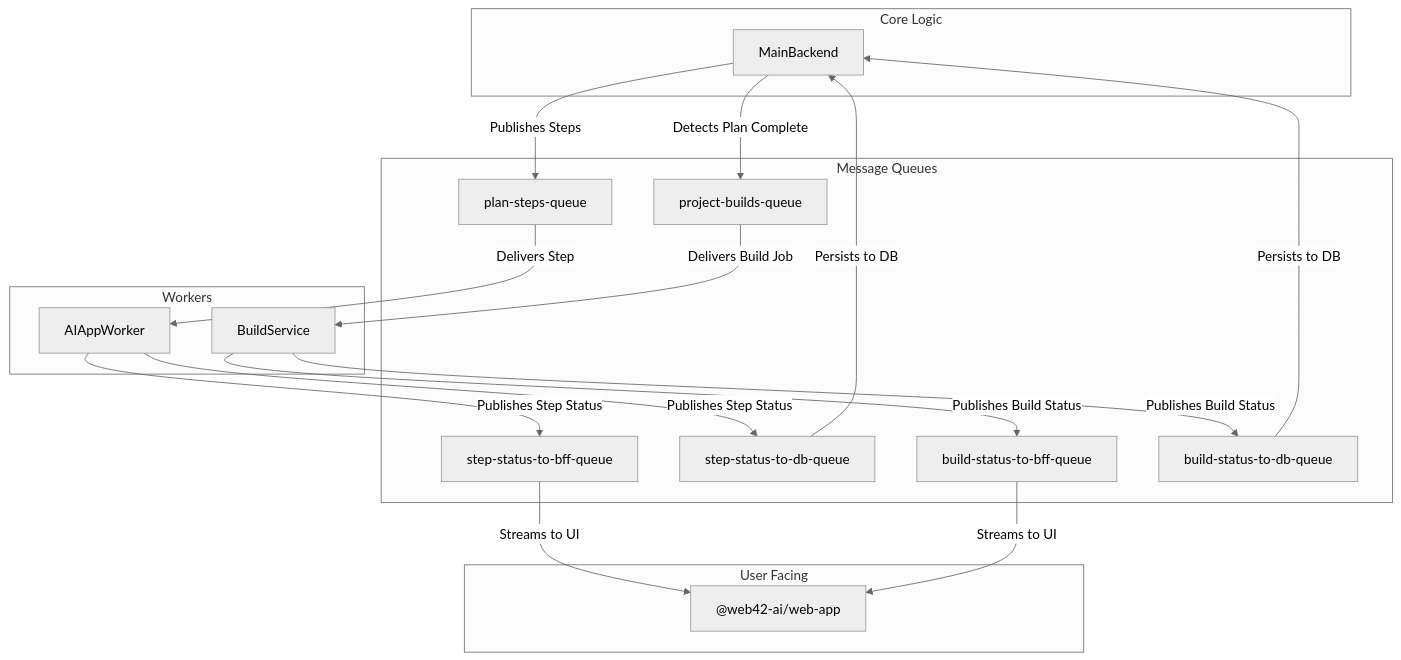
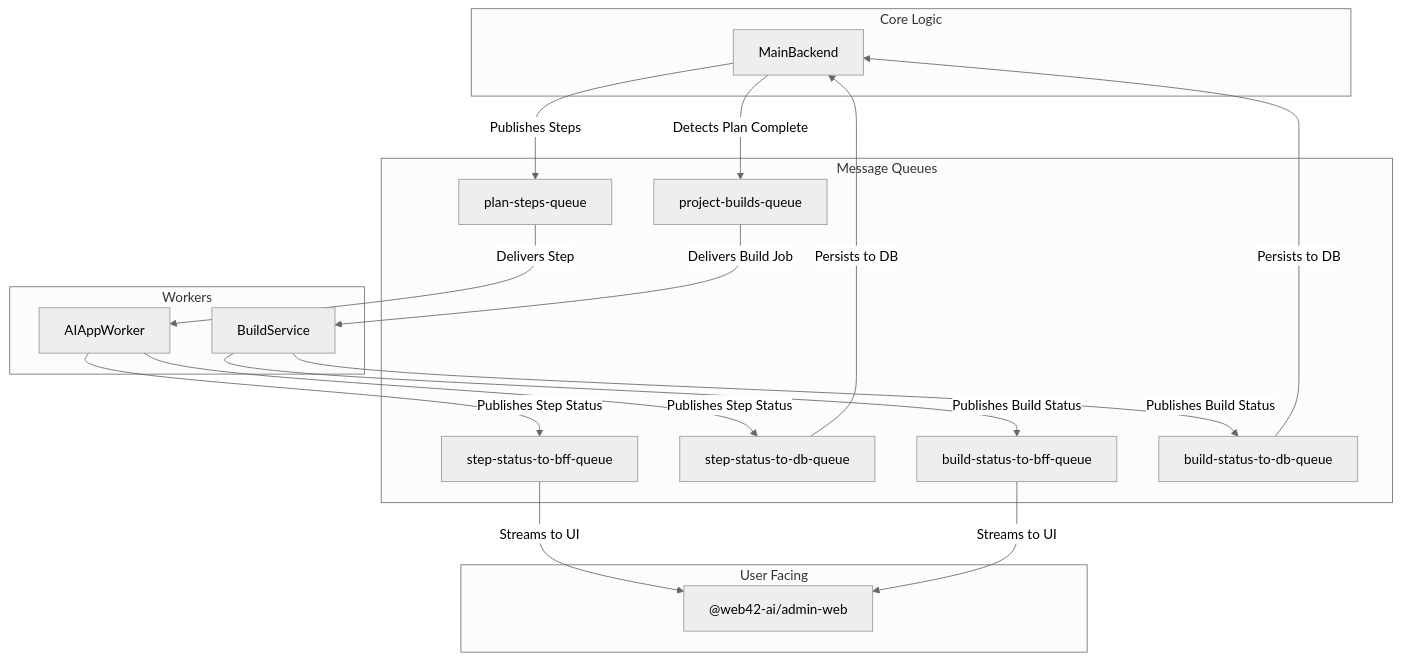
The diagram in apps/workers/docs/system-architecture.mermaid (sundy001/web42-ai), drawn with Mermaid (neutral theme) before and after one commit. The commit also changed 54 other files, not shown here.

Commit message:
feat(admin-web): rename web-app to admin-web

```diff
--- a/apps/workers/docs/system-architecture.mermaid
+++ b/apps/workers/docs/system-architecture.mermaid
@@ -1,30 +1,30 @@
 flowchart TD
  subgraph subGraph0["User Facing"]
-        BFF@{ label: "<div style=\"color:\"><span style=\"color:\">@web42-ai/web-app</span></div>" }
+        BFF@{ label: "<div style=\"color:\"><span style=\"color:\">@web42-ai/admin-web</span></div>" }
   end
  subgraph subGraph1["Core Logic"]
         MainBackend["MainBackend"]
   end
  subgraph Workers["Workers"]
         AIAppWorker["AIAppWorker"]
         BuildService["BuildService"]
   end
  subgraph subGraph3["Message Queues"]
         Q1["plan-steps-queue"]
         Q2["project-builds-queue"]
         Q3["step-status-to-bff-queue"]
         Q4["step-status-to-db-queue"]
         Q5["build-status-to-bff-queue"]
         Q6["build-status-to-db-queue"]
   end
     MainBackend -- Publishes Steps --> Q1
     Q1 -- Delivers Step --> AIAppWorker
     AIAppWorker -- Publishes Step Status --> Q3 & Q4
     Q3 -- Streams to UI --> BFF
     Q4 -- Persists to DB --> MainBackend
     MainBackend -- Detects Plan Complete --> Q2
     Q2 -- Delivers Build Job --> BuildService
     BuildService -- Publishes Build Status --> Q5 & Q6
     Q5 -- Streams to UI --> BFF
     Q6 -- Persists to DB --> MainBackend
     BFF@{ shape: rect}
```
